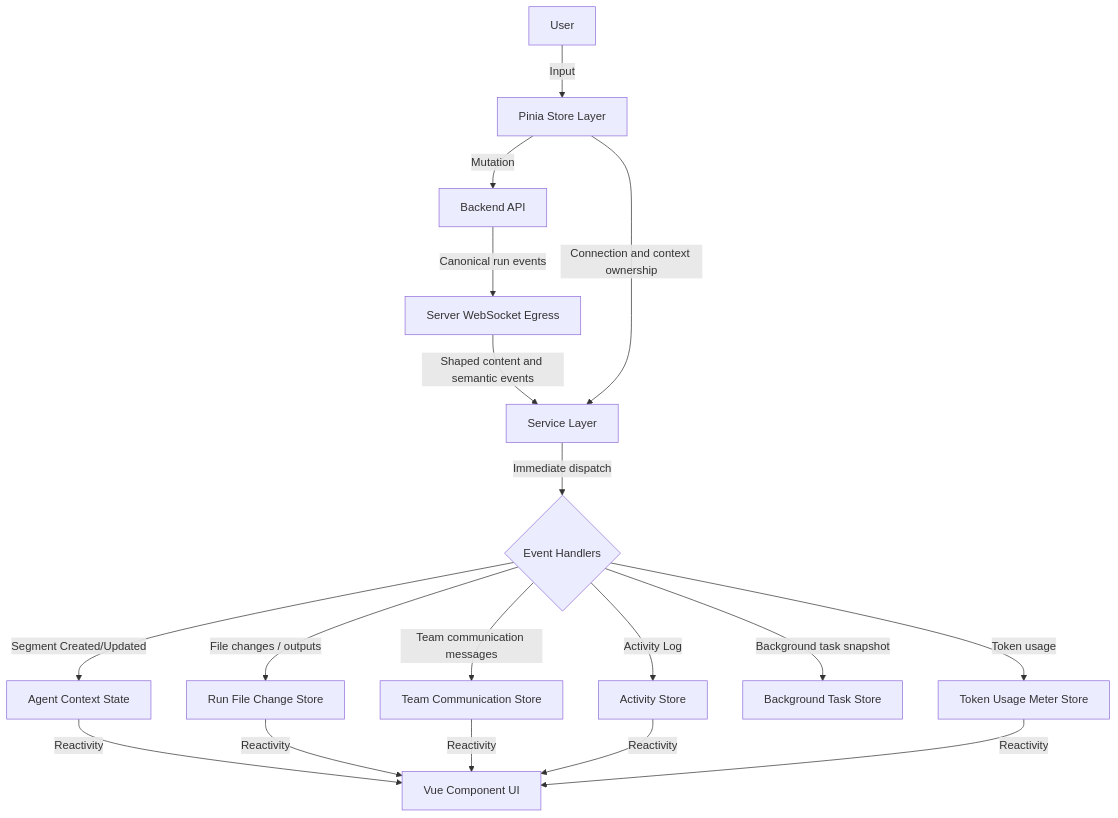
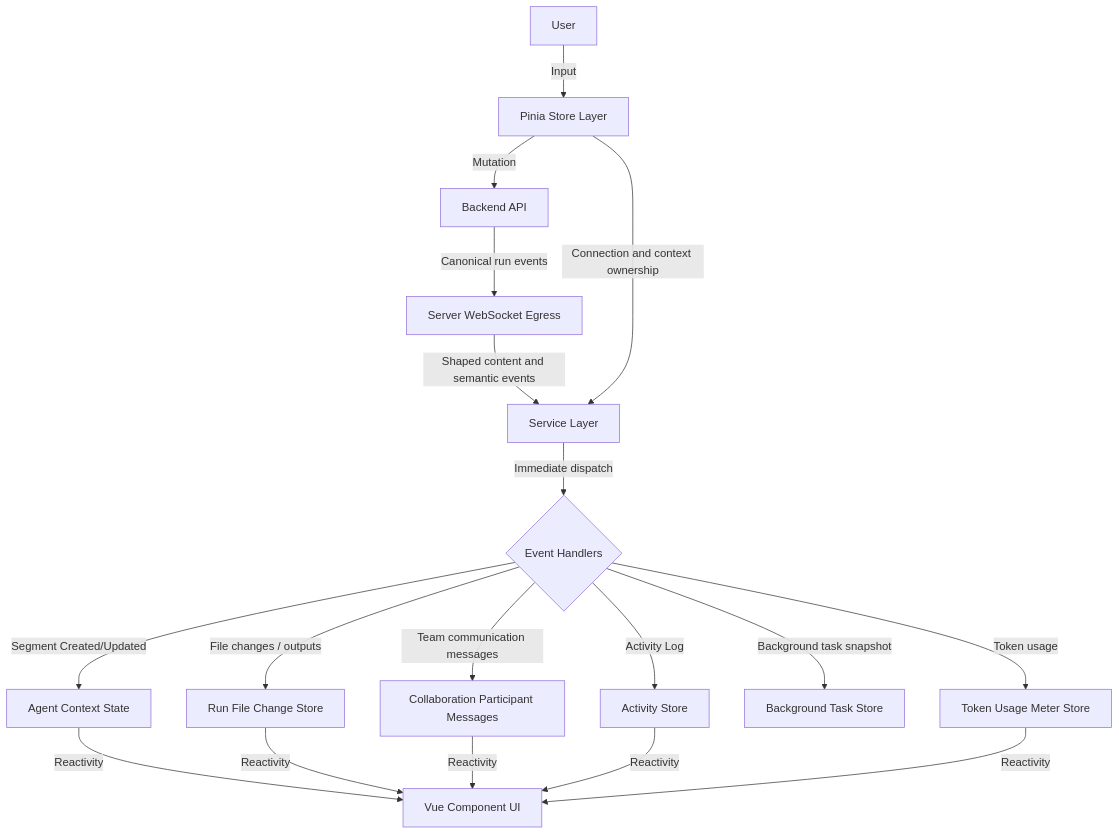
The diagram in autobyteus-web/docs/agent_execution_architecture.md (AutoByteus/autobyteus-workspace), drawn with Mermaid before and after one commit. The commit also changed 99 other files, not shown here.

````diff
--- a/autobyteus-web/docs/agent_execution_architecture.md
+++ b/autobyteus-web/docs/agent_execution_architecture.md
@@ -58,22 +58,22 @@
 ```mermaid
 graph TD
     User-->|Input| Store[Pinia Store Layer]
     Store-->|Mutation| Backend[Backend API]
     Backend-->|Canonical run events| Egress[Server WebSocket Egress]
     Egress-->|Shaped content and semantic events| Service[Service Layer]
     Store-->|Connection and context ownership| Service
     Service-->|Immediate dispatch| Handler{Event Handlers}
 
     Handler-->|Segment Created/Updated| Context[Agent Context State]
     Handler-->|File changes / outputs| RunFileChangeStore[Run File Change Store]
-    Handler-->|Team communication messages| TeamCommunicationStore[Team Communication Store]
+    Handler-->|Team communication messages| ParticipantMessages[Collaboration Participant Messages]
     Handler-->|Activity Log| ActivityStore[Activity Store]
     Handler-->|Background task snapshot| BackgroundTaskStore[Background Task Store]
     Handler-->|Token usage| UsageMeterStore[Token Usage Meter Store]
 
     Context-->|Reactivity| UI[Vue Component UI]
     RunFileChangeStore-->|Reactivity| UI
-    TeamCommunicationStore-->|Reactivity| UI
+    ParticipantMessages-->|Reactivity| UI
     ActivityStore-->|Reactivity| UI
     UsageMeterStore-->|Reactivity| UI
 ```
````
